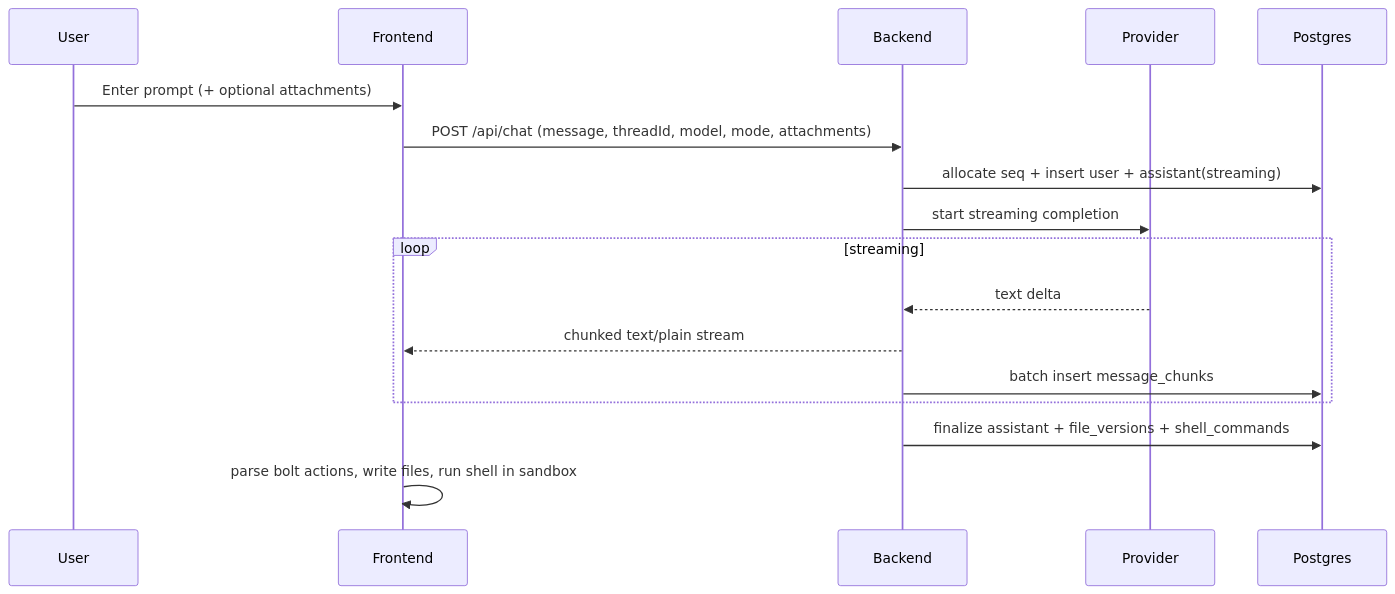
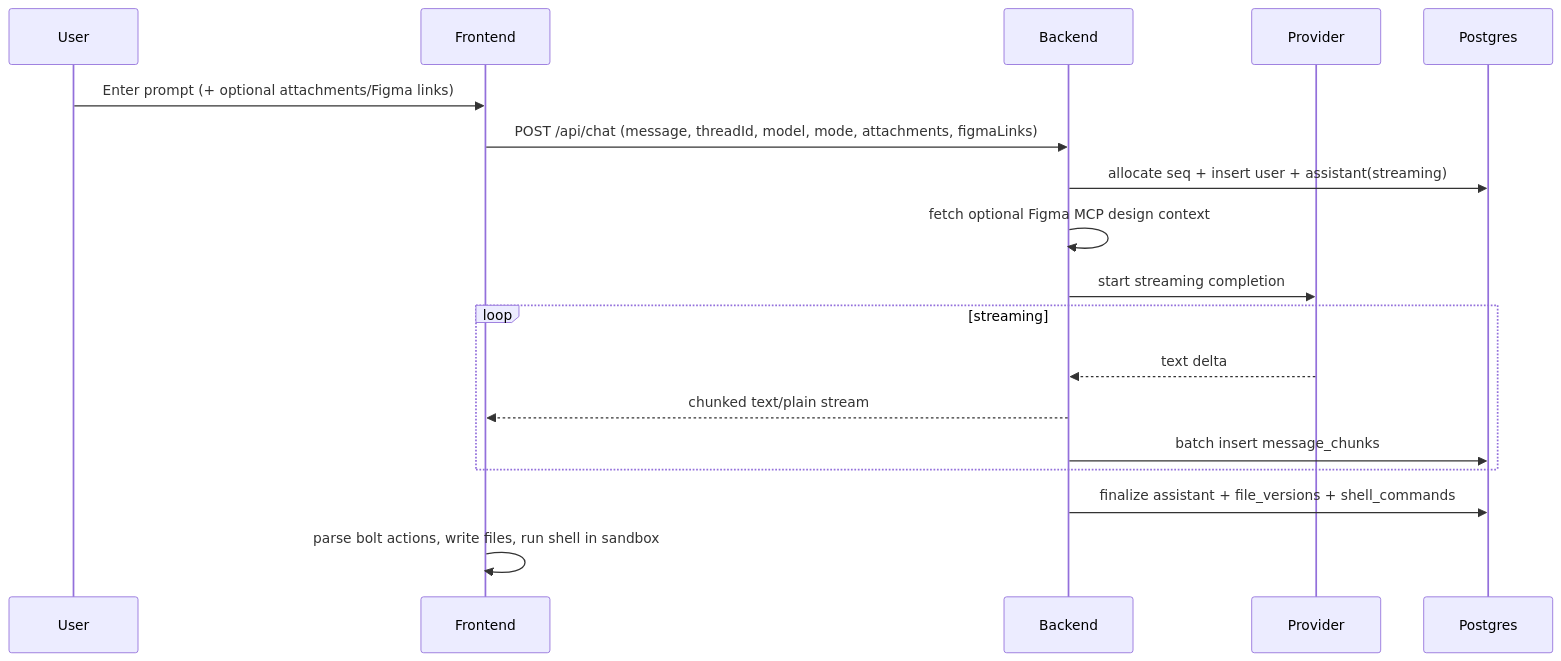
Before and after one commit to SpiritOfKedar/nextgen: the second of 4 diagrams in README.md, drawn with Mermaid. The commit also changed other lines of this file and 14 other files, not shown here.

Commit message:
feat: integrate Figma design context into chat by implementing Figma MCP client, controller, and UI panel for visual inspection.

````diff
--- a/README.md
+++ b/README.md
@@ -116,20 +120,21 @@
 ```mermaid
 sequenceDiagram
   participant User
   participant FE as Frontend
   participant BE as Backend
   participant LLM as Provider
   participant DB as Postgres
 
-  User->>FE: Enter prompt (+ optional attachments)
-  FE->>BE: POST /api/chat (message, threadId, model, mode, attachments)
+  User->>FE: Enter prompt (+ optional attachments/Figma links)
+  FE->>BE: POST /api/chat (message, threadId, model, mode, attachments, figmaLinks)
   BE->>DB: allocate seq + insert user + assistant(streaming)
+  BE->>BE: fetch optional Figma MCP design context
   BE->>LLM: start streaming completion
   loop streaming
     LLM-->>BE: text delta
     BE-->>FE: chunked text/plain stream
     BE->>DB: batch insert message_chunks
   end
   BE->>DB: finalize assistant + file_versions + shell_commands
   FE->>FE: parse bolt actions, write files, run shell in sandbox
 ```
````
